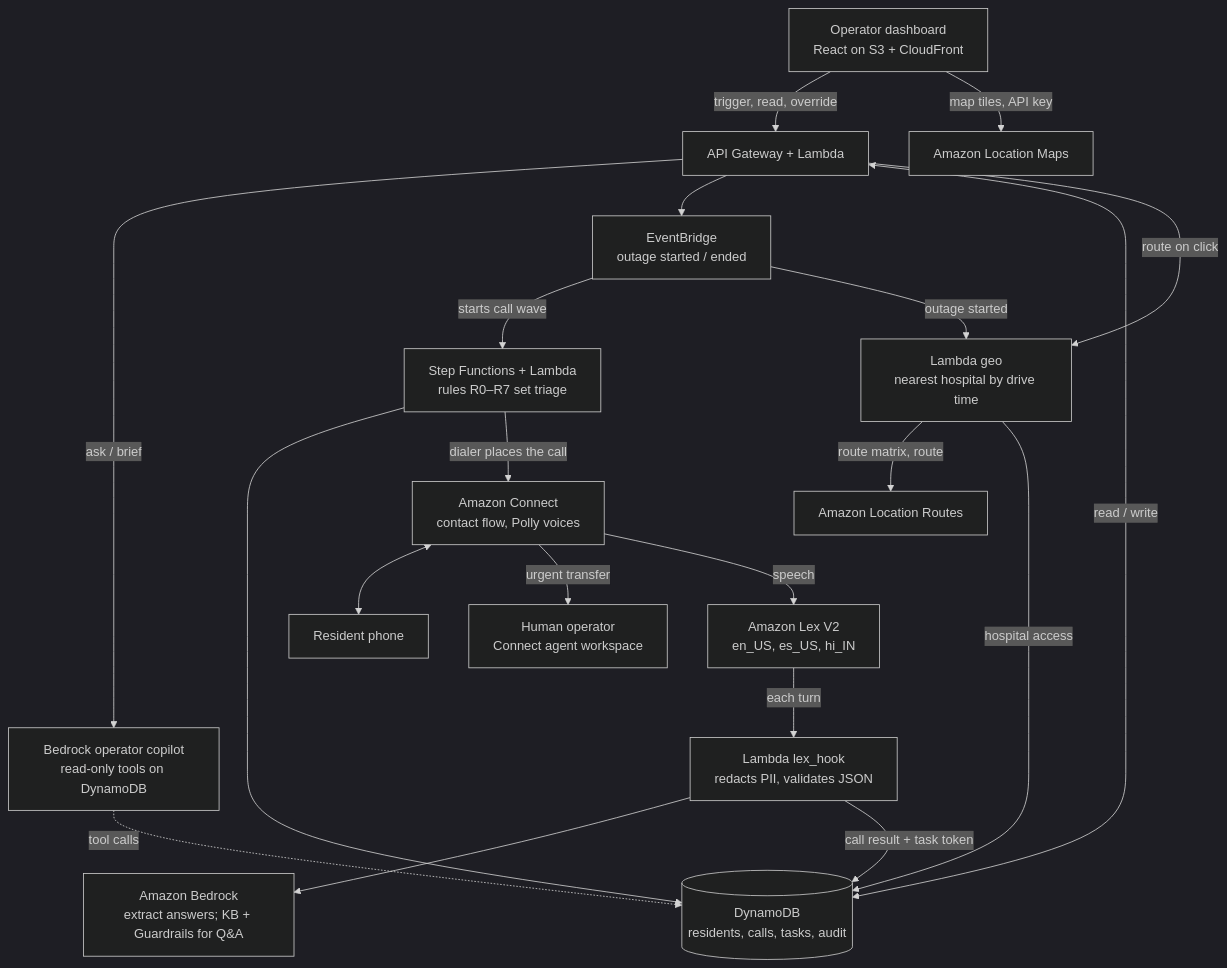
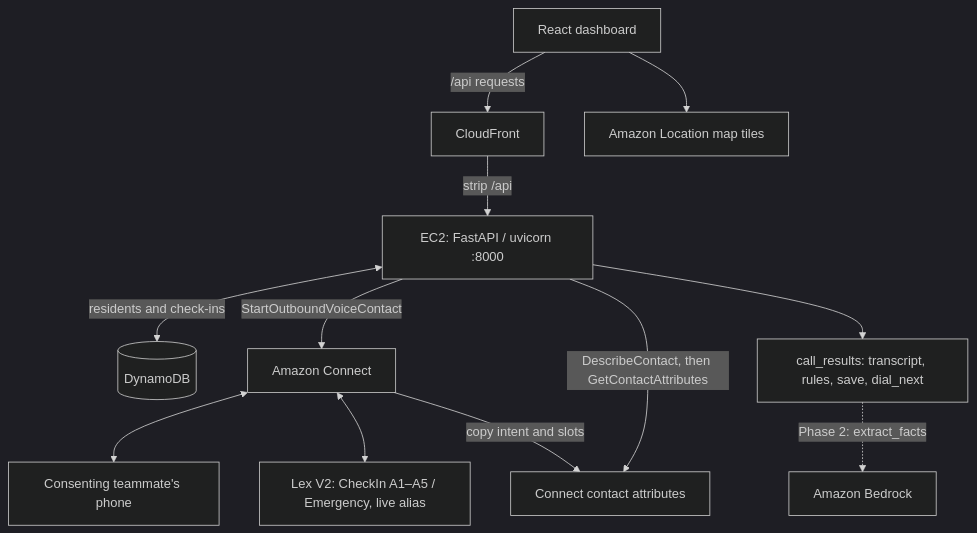
The diagram in README.md (kallmekabir/AWS-Track), drawn with Mermaid (dark theme) before and after one commit. The commit also changed other lines of this file and 7 other files, not shown here.

Commit message:
Document Lex slot flow and EC2 CloudFront workshop setup

````diff
--- a/README.md
+++ b/README.md
@@ -181,22 +246,14 @@
 ```mermaid
 flowchart TD
-  dash["Operator dashboard<br/>React on S3 + CloudFront"] -->|trigger, read, override| api["API Gateway + Lambda"]
-  api -->|ask / brief| copilot["Bedrock operator copilot<br/>read-only tools on DynamoDB"]
-  api --> eb["EventBridge<br/>outage started / ended"]
-  api <-->|read / write| ddb[("DynamoDB<br/>residents, calls, tasks, audit")]
-  eb -->|starts call wave| sf["Step Functions + Lambda<br/>rules R0–R7 set triage"]
-  sf --> ddb
-  sf -->|dialer places the call| connect["Amazon Connect<br/>contact flow, Polly voices"]
-  connect <--> phone["Resident phone"]
-  connect -->|urgent transfer| op["Human operator<br/>Connect agent workspace"]
-  connect -->|speech| lex["Amazon Lex V2<br/>en_US, es_US, hi_IN"]
-  lex -->|each turn| hook["Lambda lex_hook<br/>redacts PII, validates JSON"]
-  hook --> br["Amazon Bedrock<br/>extract answers; KB + Guardrails for Q&A"]
-  hook -->|call result + task token| ddb
-  copilot -.->|tool calls| ddb
-  dash -->|map tiles, API key| maps["Amazon Location Maps"]
-  eb -->|outage started| geo["Lambda geo<br/>nearest hospital by drive time"]
-  api -->|route on click| geo
-  geo -->|route matrix, route| routes["Amazon Location Routes"]
-  geo -->|hospital access| ddb
+  dash["React dashboard"] -->|"/api requests"| cf["CloudFront"]
+  cf -->|"strip /api"| api["EC2: FastAPI / uvicorn :8000"]
+  api <-->|"residents and check-ins"| ddb[("DynamoDB")]
+  api -->|"StartOutboundVoiceContact"| connect["Amazon Connect"]
+  connect <--> phone["Consenting teammate's phone"]
+  connect <--> lex["Lex V2: CheckIn A1–A5 / Emergency, live alias"]
+  connect -->|"copy intent and slots"| attrs["Connect contact attributes"]
+  api -->|"DescribeContact, then GetContactAttributes"| attrs
+  api --> results["call_results: transcript, rules, save, dial_next"]
+  results -.->|"Phase 2: extract_facts"| bedrock["Amazon Bedrock"]
+  dash --> maps["Amazon Location map tiles"]
 ```
````
